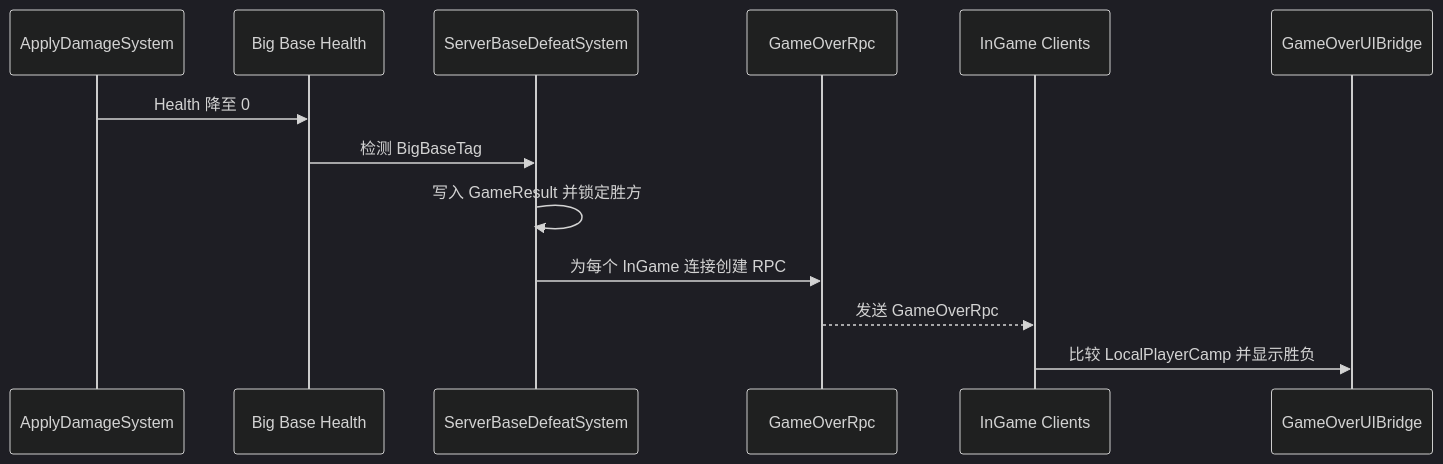
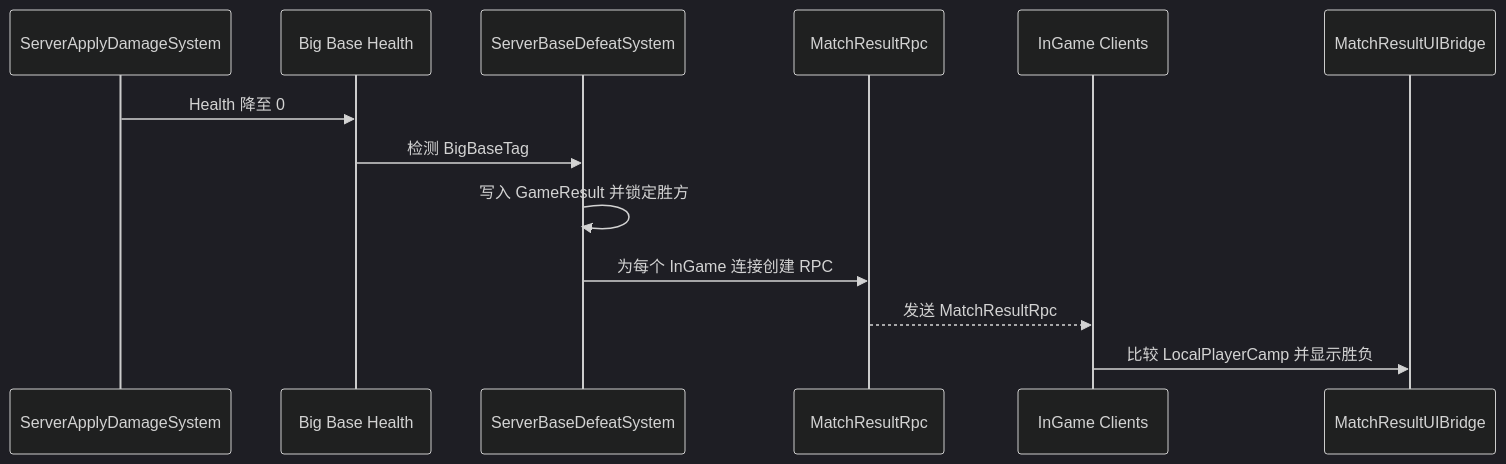
The seventh of 7 diagrams in docs/Architecture/05_GameplayFlows.md (mcaswen/AnimarsCatcher), drawn with Mermaid (dark theme) before and after one commit. The commit also changed other lines of this file and 391 other files, not shown here.

````diff
--- a/docs/Architecture/05_GameplayFlows.md
+++ b/docs/Architecture/05_GameplayFlows.md
@@ -208,16 +208,16 @@
 ```mermaid
 sequenceDiagram
-    participant Damage as ApplyDamageSystem
+    participant Damage as ServerApplyDamageSystem
     participant Base as Big Base Health
     participant Result as ServerBaseDefeatSystem
-    participant Rpc as GameOverRpc
+    participant Rpc as MatchResultRpc
     participant Clients as InGame Clients
-    participant UI as GameOverUIBridge
+    participant UI as MatchResultUIBridge
 
     Damage->>Base: Health 降至 0
     Base->>Result: 检测 BigBaseTag
     Result->>Result: 写入 GameResult 并锁定胜方
     Result->>Rpc: 为每个 InGame 连接创建 RPC
-    Rpc-->>Clients: 发送 GameOverRpc
+    Rpc-->>Clients: 发送 MatchResultRpc
     Clients->>UI: 比较 LocalPlayerCamp 并显示胜负
 ```
````
